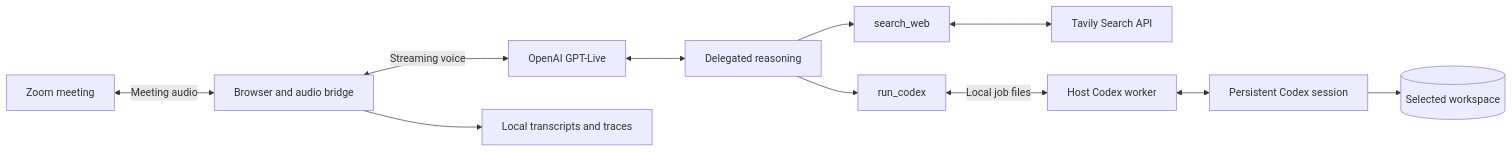
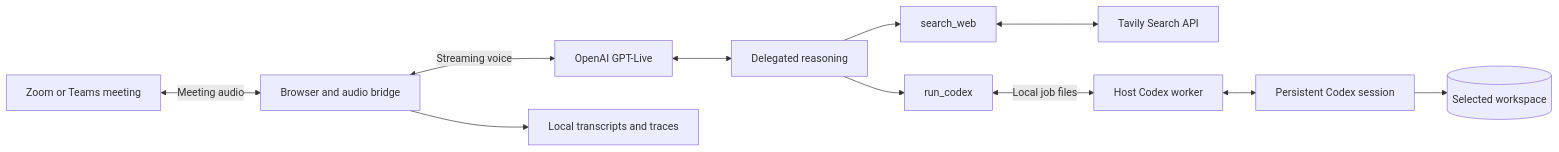
Before and after one commit to kaelorlabs/smitline: the diagram in README.md, drawn with Mermaid. The commit also changed other lines of this file and 3 other files, not shown here.

````diff
--- a/README.md
+++ b/README.md
@@ -156,13 +156,13 @@
 ```mermaid
 flowchart LR
-    Team[Zoom meeting] <-->|Meeting audio| Bridge[Browser and audio bridge]
+    Team[Zoom or Teams meeting] <-->|Meeting audio| Bridge[Browser and audio bridge]
     Bridge <-->|Streaming voice| Voice[OpenAI GPT-Live]
     Voice <--> Backend[Delegated reasoning]
     Backend --> Search[search_web]
     Search <--> Tavily[Tavily Search API]
     Backend --> Tool[run_codex]
     Tool <-->|Local job files| Worker[Host Codex worker]
     Worker <--> Session[Persistent Codex session]
     Session --> Workspace[(Selected workspace)]
     Bridge --> Records[Local transcripts and traces]
 ```
````
